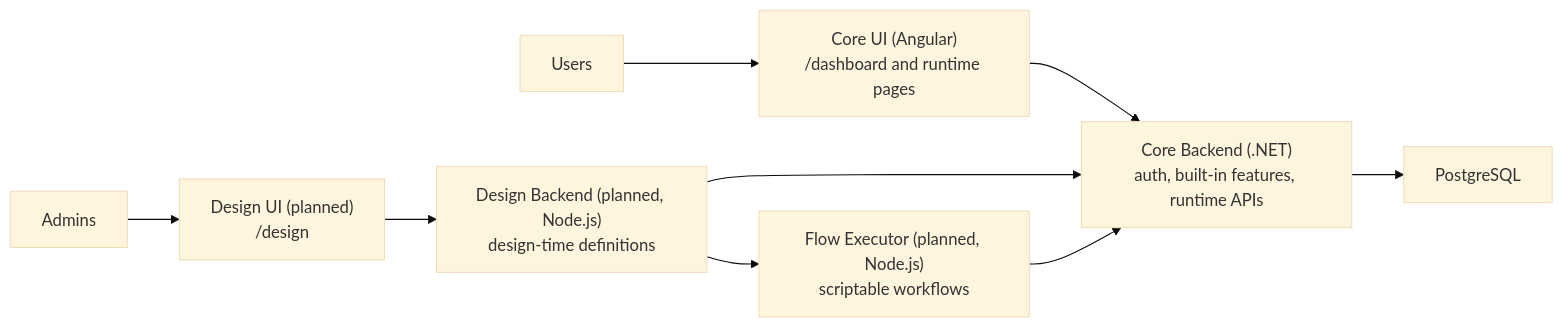
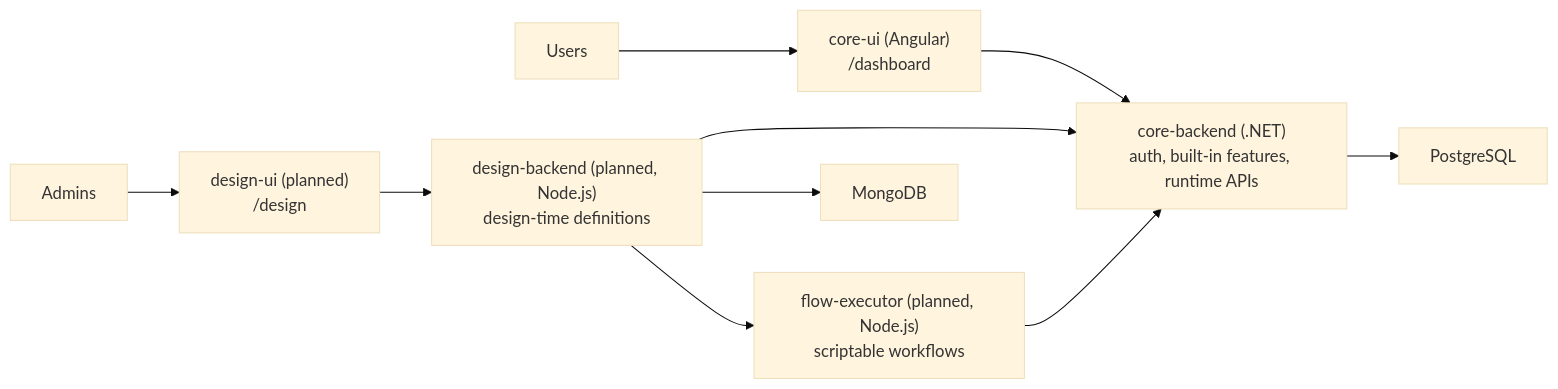
Before and after one commit to bogdanliusik/eternity: the diagram in README.md, drawn with Mermaid (base theme). The commit also changed other lines of this file, not shown here.

Commit message:
docs(readme): update architecture with target folder structure and service naming

````diff
--- a/README.md
+++ b/README.md
@@ -38,11 +52,12 @@
 ```mermaid
 flowchart LR
-  Users --> CoreUI["Core UI (Angular)\n/dashboard and runtime pages"]
-  Admins --> DesignUI["Design UI (planned)\n/design"]
-  CoreUI --> CoreBackend["Core Backend (.NET)\nauth, built-in features, runtime APIs"]
-  DesignUI --> DesignBackend["Design Backend (planned, Node.js)\ndesign-time definitions"]
-  DesignBackend --> FlowExecutor["Flow Executor (planned, Node.js)\nscriptable workflows"]
+  Users --> CoreUI["core-ui (Angular)\n/dashboard"]
+  Admins --> DesignUI["design-ui (planned)\n/design"]
+  CoreUI --> CoreBackend["core-backend (.NET)\nauth, built-in features, runtime APIs"]
+  DesignUI --> DesignBackend["design-backend (planned, Node.js)\ndesign-time definitions"]
+  DesignBackend --> FlowExecutor["flow-executor (planned, Node.js)\nscriptable workflows"]
   DesignBackend --> CoreBackend
   FlowExecutor --> CoreBackend
   CoreBackend --> Postgres["PostgreSQL"]
+  DesignBackend --> MongoDB["MongoDB"]
 ```
````
